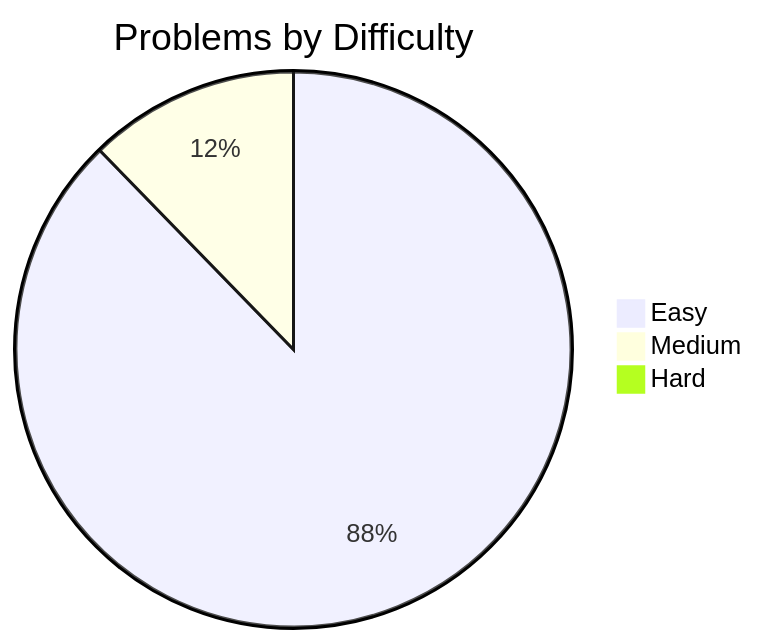
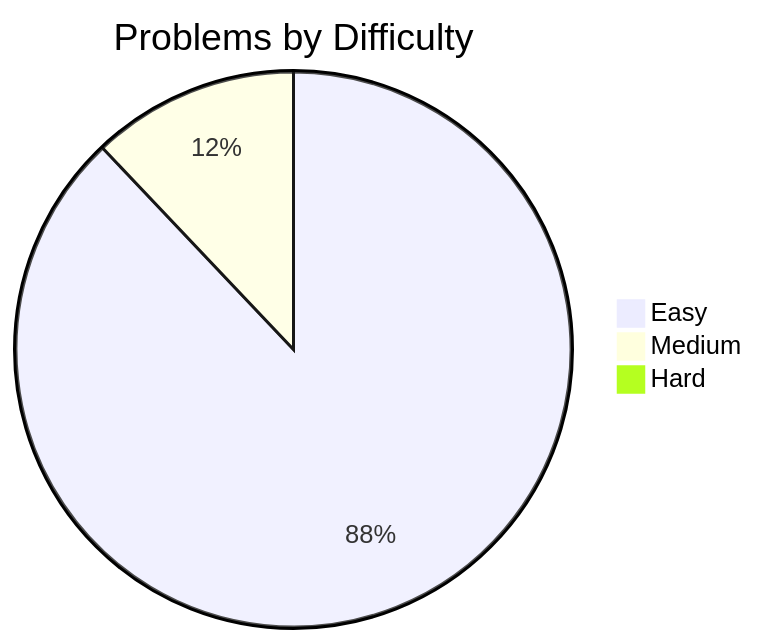
One commit to davelin18yufan/leetcode-journal changed the diagram in README.md. Above: the diagram before and after it, drawn with Mermaid. The commit also changed other lines of this file and 7 other files, not shown here.

````diff
--- a/README.md
+++ b/README.md
@@ -7,7 +7,7 @@
 ```mermaid
 pie
     title Problems by Difficulty
-    "Easy" : 50
+    "Easy" : 51
     "Medium" : 7
     "Hard" : 0
 ```
````
